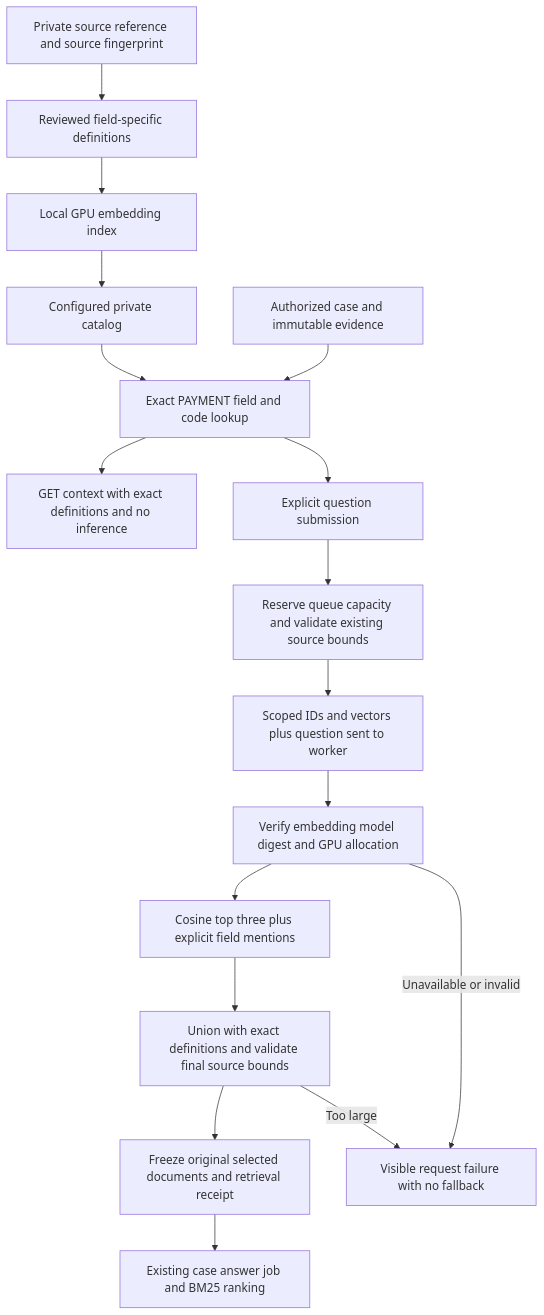
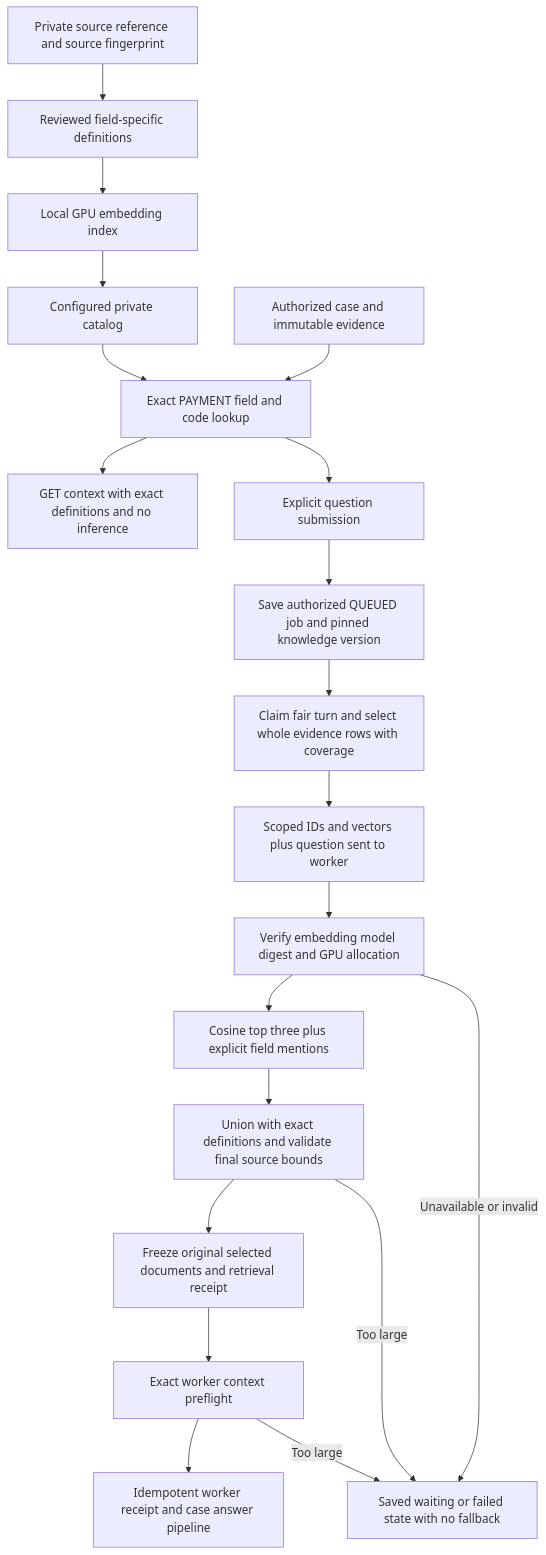
One commit to pratikmraut/payment-operations-investigator changed the diagram in docs/STATUS_KNOWLEDGE.md. Above: the diagram before and after it, drawn with Mermaid. The commit also changed other lines of this file and 145 other files, not shown here.

````diff
--- a/docs/STATUS_KNOWLEDGE.md
+++ b/docs/STATUS_KNOWLEDGE.md
@@ -45,37 +24,22 @@
 ```mermaid
-
 flowchart TD
-
     A[Private source reference and source fingerprint] --> B[Reviewed field-specific definitions]
-
     B --> C[Local GPU embedding index]
-
     C --> D[Configured private catalog]
-
     E[Authorized case and immutable evidence] --> F[Exact PAYMENT field and code lookup]
-
     D --> F
-
     F --> G[GET context with exact definitions and no inference]
-
     F --> H[Explicit question submission]
-
-    H --> I[Reserve queue capacity and validate existing source bounds]
-
-    I --> J[Scoped IDs and vectors plus question sent to worker]
-
+    H --> I[Save authorized QUEUED job and pinned knowledge version]
+    I --> Q[Claim fair turn and select whole evidence rows with coverage]
+    Q --> J[Scoped IDs and vectors plus question sent to worker]
     J --> K[Verify embedding model digest and GPU allocation]
-
     K --> L[Cosine top three plus explicit field mentions]
-
     L --> M[Union with exact definitions and validate final source bounds]
-
     M --> N[Freeze original selected documents and retrieval receipt]
-
-    N --> O[Existing case answer job and BM25 ranking]
-
-    K -->|Unavailable or invalid| P[Visible request failure with no fallback]
-
+    N --> R[Exact worker context preflight]
+    R --> O[Idempotent worker receipt and case answer pipeline]
+    K -->|Unavailable or invalid| P[Saved waiting or failed state with no fallback]
     M -->|Too large| P
-
+    R -->|Too large| P
 ```
````
